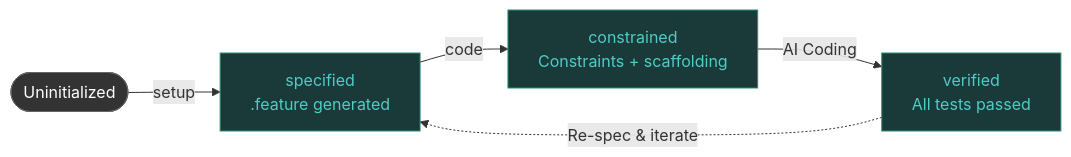
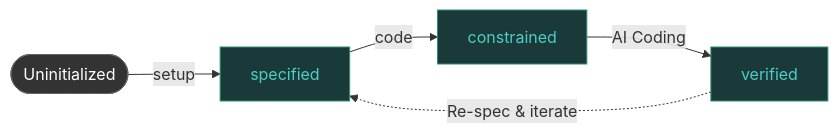
Before and after one commit to cheneyzhang93/speclore: the diagram in docs/en/guide/workflow.md, drawn with Mermaid. The commit also changed 2 other files, not shown here.

Commit message:
fix: 优化 Mermaid 文字换行 + 替换专业 logo
- Mermaid 状态机节点文字简化，去除换行描述（表格已有说明）
- 新 logo：文档图标 + 验证勾选 + AI 标记，替代纯字母 S
- 中英文 workflow.md 同步更新

````diff
--- a/docs/en/guide/workflow.md
+++ b/docs/en/guide/workflow.md
@@ -9,12 +9,12 @@
 ```mermaid
 flowchart LR
-    A(["Uninitialized"]) -->|setup| B["specified<br/>.feature generated"]
-    B -->|code| C["constrained<br/>Constraints + scaffolding"]
-    C -->|"AI Coding"| D["verified<br/>All tests passed"]
+    A(["Uninitialized"]) -->|setup| B["specified"]
+    B -->|code| C["constrained"]
+    C -->|"AI Coding"| D["verified"]
     D -.->|"Re-spec & iterate"| B
 
     style A fill:#333,stroke:#666,color:#fff
     style B fill:#1a3a3a,stroke:#2d8f6f,color:#4ecdc4
     style C fill:#1a3a3a,stroke:#2d8f6f,color:#4ecdc4
     style D fill:#1a3a3a,stroke:#2d8f6f,color:#4ecdc4
 ```
````
